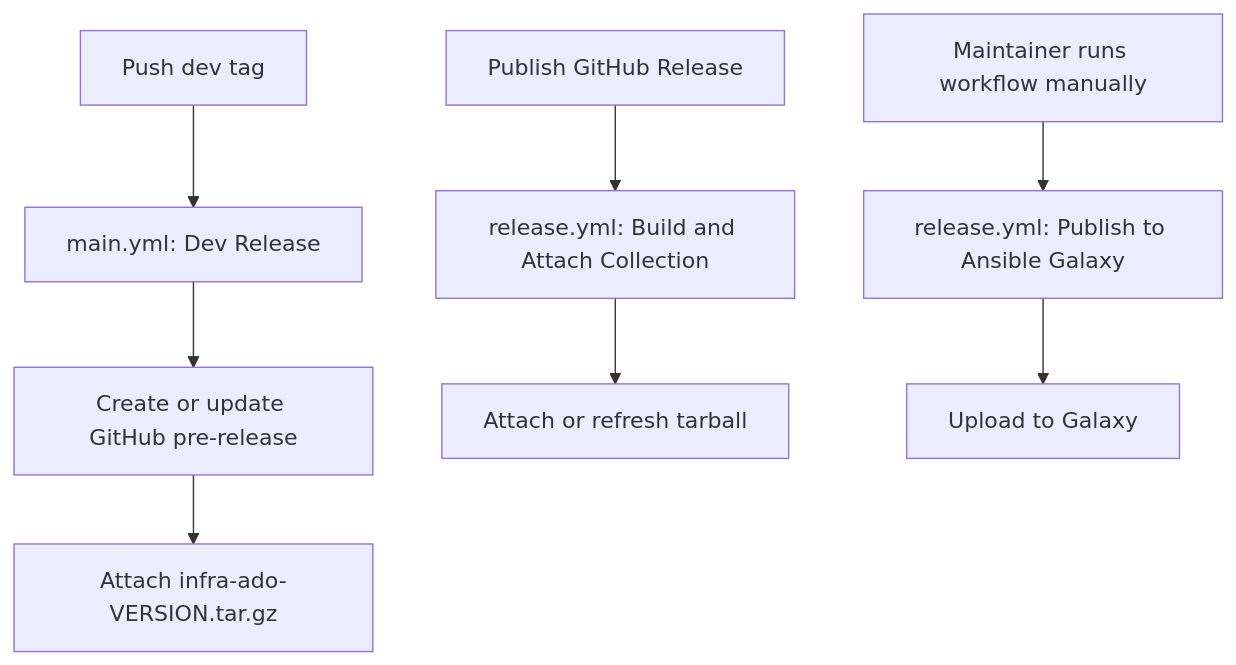
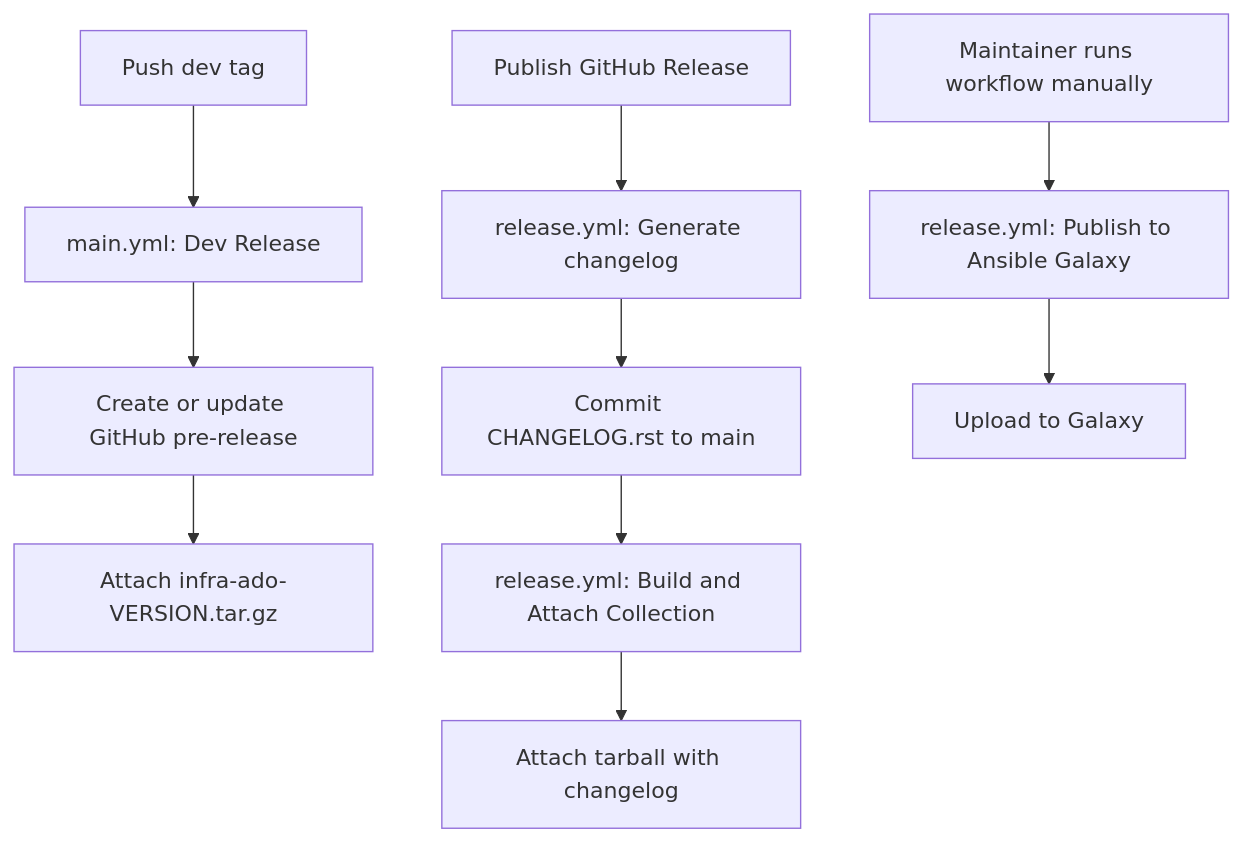
Before and after one commit to Automation-Development-Office/ado: the second of 2 diagrams in .github/README.md, drawn with Mermaid. The commit also changed other lines of this file and 3 other files, not shown here.

Commit message:
Enhance release workflow by integrating a changelog generation step that compiles fragments into `CHANGELOG.rst` during GitHub Releases. Update README.md to reflect changes in release PR requirements and clarify the automatic changelog compilation process.

````diff
--- a/.github/README.md
+++ b/.github/README.md
@@ -485,12 +516,14 @@
 ```mermaid
 flowchart TD
   devTag[Push dev tag] --> devJob[main.yml: Dev Release]
   devJob --> preRelease[Create or update GitHub pre-release]
   preRelease --> devAsset[Attach infra-ado-VERSION.tar.gz]
 
-  publishRelease[Publish GitHub Release] --> assetJob[release.yml: Build and Attach Collection]
-  assetJob --> officialAsset[Attach or refresh tarball]
+  publishRelease[Publish GitHub Release] --> changelogJob[release.yml: Generate changelog]
+  changelogJob --> commitMain[Commit CHANGELOG.rst to main]
+  commitMain --> assetJob[release.yml: Build and Attach Collection]
+  assetJob --> officialAsset[Attach tarball with changelog]
 
   manualGalaxy[Maintainer runs workflow manually] --> galaxyJob[release.yml: Publish to Ansible Galaxy]
   galaxyJob --> galaxy[Upload to Galaxy]
 ```
````
